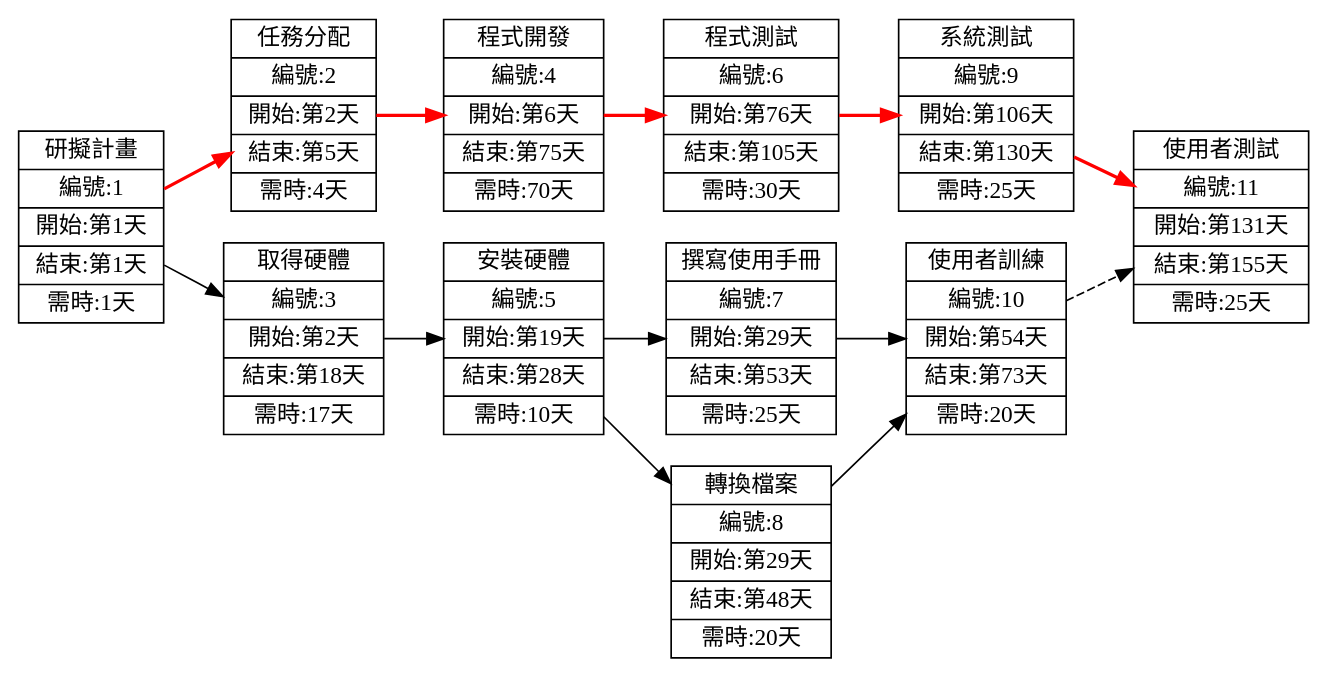
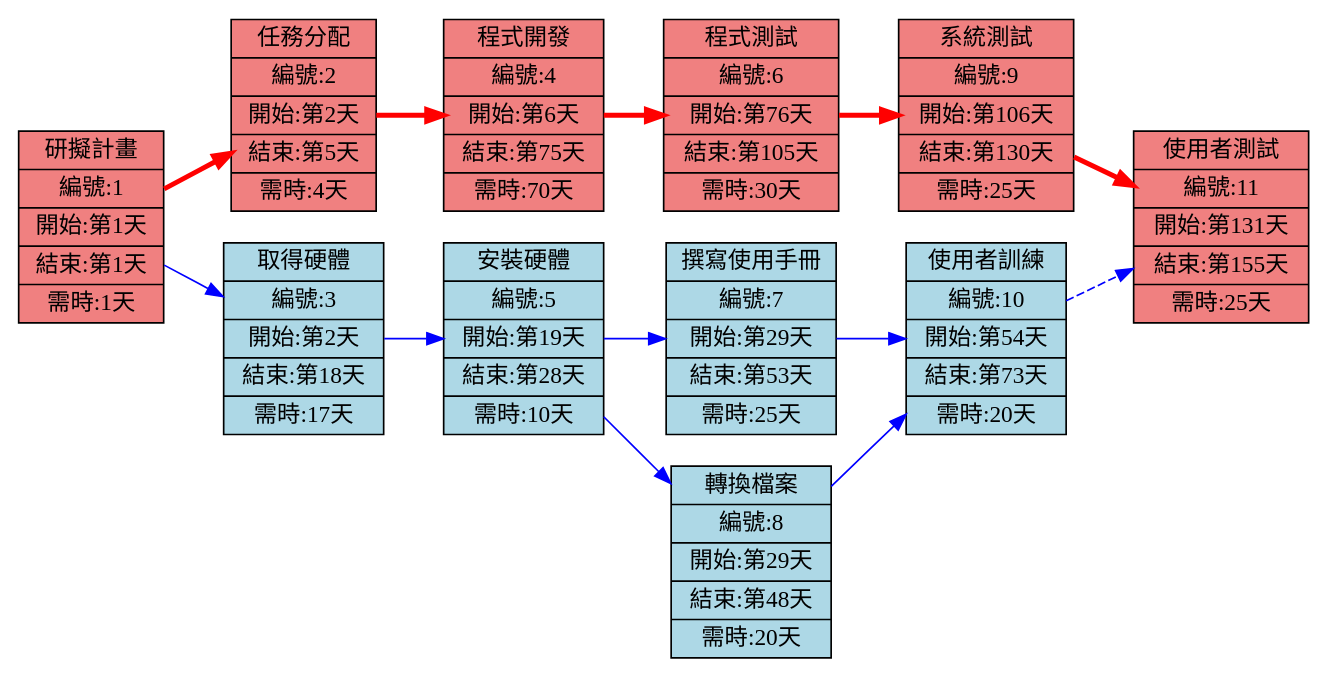
One commit to auia541/p1 changed the second of 2 diagrams in HW2.md. Above: the diagram before and after it, drawn with Graphviz.

````diff
--- a/HW2.md
+++ b/HW2.md
@@ -28,34 +28,41 @@
 ```graphviz
 digraph {
     node[shape=record];
     rankdir="LR";
     
-    no1 [label = "研擬計畫 | 編號:1 | 開始:第1天 | 結束:第1天 | 需時:1天"]
-    no2 [label = "任務分配 | 編號:2 | 開始:第2天 | 結束:第5天 | 需時:4天"]
-    no3 [label = "取得硬體 | 編號:3 | 開始:第2天 | 結束:第18天 | 需時:17天"]
-    no4 [label = "程式開發 | 編號:4 | 開始:第6天 | 結束:第75天 | 需時:70天"]
-    no5 [label = "安裝硬體 | 編號:5 | 開始:第19天 | 結束:第28天 | 需時:10天"]
-    no6 [label = "程式測試 | 編號:6 | 開始:第76天 | 結束:第105天 | 需時:30天"]
-    no7 [label = "撰寫使用手冊 | 編號:7 | 開始:第29天 | 結束:第53天 | 需時:25天"]
-    no8 [label = "轉換檔案 | 編號:8 | 開始:第29天 | 結束:第48天 | 需時:20天"]
-    no9 [label = "系統測試 | 編號:9 | 開始:第106天 | 結束:第130天 | 需時:25天"]
-    no10 [label = "使用者訓練 | 編號:10 | 開始:第54天 | 結束:第73天 | 需時:20天"]
-    no11 [label = "使用者測試 | 編號:11 | 開始:第131天 | 結束:第155天 | 需時:25天"]
+    // 關鍵路徑節點（紅色邊框）
+    no1 [label = "研擬計畫 | 編號:1 | 開始:第1天 | 結束:第1天 | 需時:1天", style="filled", fillcolor="lightcoral"]
+    no2 [label = "任務分配 | 編號:2 | 開始:第2天 | 結束:第5天 | 需時:4天", style="filled", fillcolor="lightcoral"]
+    no4 [label = "程式開發 | 編號:4 | 開始:第6天 | 結束:第75天 | 需時:70天", style="filled", fillcolor="lightcoral"]
+    no6 [label = "程式測試 | 編號:6 | 開始:第76天 | 結束:第105天 | 需時:30天", style="filled", fillcolor="lightcoral"]
+    no9 [label = "系統測試 | 編號:9 | 開始:第106天 | 結束:第130天 | 需時:25天", style="filled", fillcolor="lightcoral"]
+    no11 [label = "使用者測試 | 編號:11 | 開始:第131天 | 結束:第155天 | 需時:25天", style="filled", fillcolor="lightcoral"]
     
-    // 關鍵路徑連接（紅色）
-    no1->no2 [color="red", penwidth=2.0]
-    no2->no4 [color="red", penwidth=2.0]
-    no4->no6 [color="red", penwidth=2.0]
-    no6->no9 [color="red", penwidth=2.0]
-    no9->no11 [color="red", penwidth=2.0]
+    // 非關鍵路徑節點
+    no3 [label = "取得硬體 | 編號:3 | 開始:第2天 | 結束:第18天 | 需時:17天", style="filled", fillcolor="lightblue"]
+    no5 [label = "安裝硬體 | 編號:5 | 開始:第19天 | 結束:第28天 | 需時:10天", style="filled", fillcolor="lightblue"]
+    no7 [label = "撰寫使用手冊 | 編號:7 | 開始:第29天 | 結束:第53天 | 需時:25天", style="filled", fillcolor="lightblue"]
+    no8 [label = "轉換檔案 | 編號:8 | 開始:第29天 | 結束:第48天 | 需時:20天", style="filled", fillcolor="lightblue"]
+    no10 [label = "使用者訓練 | 編號:10 | 開始:第54天 | 結束:第73天 | 需時:20天", style="filled", fillcolor="lightblue"]
     
-    // 非關鍵路徑連接（黑色）
-    no1->no3
-    no3->no5
-    no5->no7
-    no5->no8
-    no7->no10
-    no8->no10
-    no10->no11 [style="dashed"] // 虛線表示非關鍵連接
+    // 關鍵路徑連接（紅色粗線）
+    no1->no2 [color="red", penwidth=3.0]
+    no2->no4 [color="red", penwidth=3.0]
+    no4->no6 [color="red", penwidth=3.0]
+    no6->no9 [color="red", penwidth=3.0]
+    no9->no11 [color="red", penwidth=3.0]
+    
+    // 非關鍵路徑連接（藍色細線）
+    no1->no3 [color="blue", penwidth=1.0]
+    no3->no5 [color="blue", penwidth=1.0]
+    no5->no7 [color="blue", penwidth=1.0]
+    no5->no8 [color="blue", penwidth=1.0]
+    no7->no10 [color="blue", penwidth=1.0]
+    no8->no10 [color="blue", penwidth=1.0]
+    no10->no11 [color="blue", penwidth=1.0, style="dashed"]
+    
+    // 讓同時開始的任務對齊
+    {rank=same; no2 no3}
+    {rank=same; no7 no8}
 }
 ```
````
